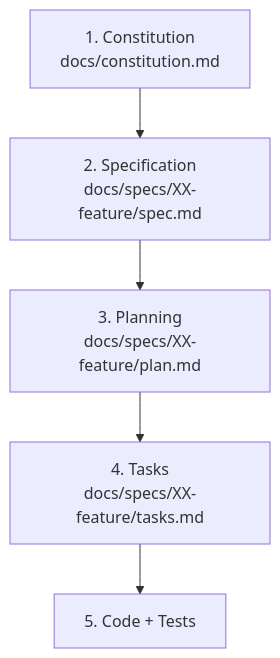
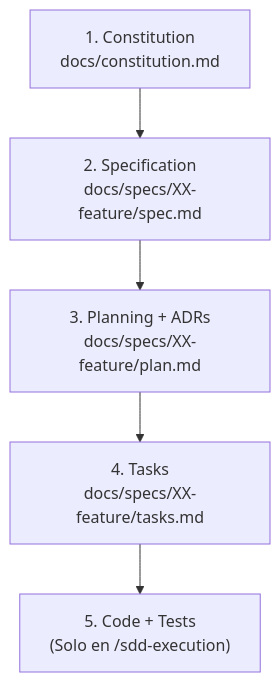
Before and after one commit to Thebetus7/SW1-P1-DiagramadorClases-2026-2: the first of 3 diagrams in .agents/workflows/sdd-init.md, drawn with Mermaid. The commit also changed other lines of this file and 194 other files, not shown here.

````diff
--- a/.agents/workflows/sdd-init.md
+++ b/.agents/workflows/sdd-init.md
@@ -25,14 +110,14 @@
 ```mermaid
 flowchart TD
 
     C["1. Constitution<br/>docs/constitution.md"]
     S["2. Specification<br/>docs/specs/XX-feature/spec.md"]
-    P["3. Planning<br/>docs/specs/XX-feature/plan.md"]
+    P["3. Planning + ADRs<br/>docs/specs/XX-feature/plan.md"]
     T["4. Tasks<br/>docs/specs/XX-feature/tasks.md"]
-    K["5. Code + Tests"]
+    K["5. Code + Tests<br/>(Solo en /sdd-execution)"]
 
     C --> S
     S --> P
     P --> T
     T --> K
 ```
````
